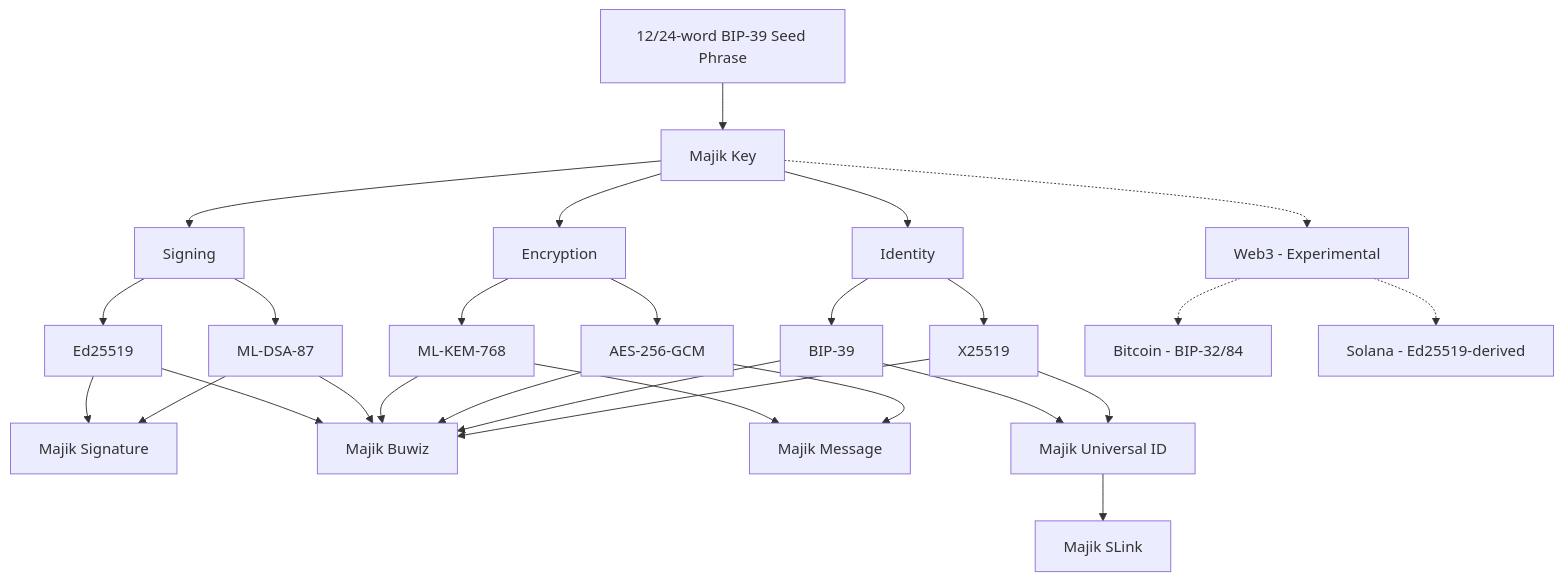
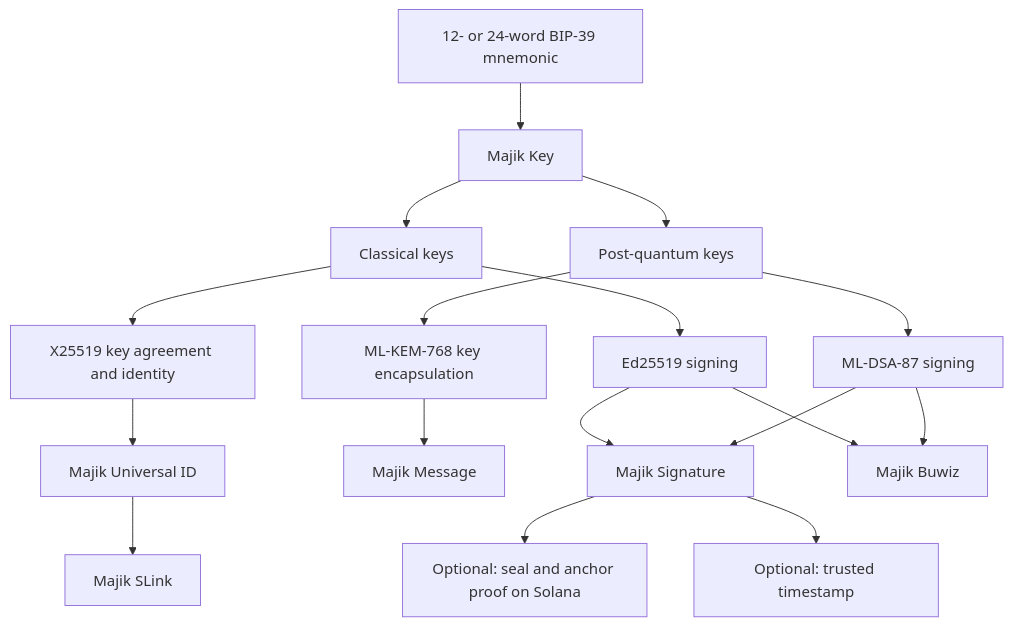
The diagram in profile/README.md (Majikah/.github), drawn with Mermaid before and after one commit. The commit also changed other lines of this file, not shown here.

````diff
--- a/profile/README.md
+++ b/profile/README.md
@@ -40,44 +135,19 @@
 ```mermaid
 flowchart TD
-    A[12/24-word BIP-39 Seed Phrase] --> B[Majik Key]
-
-    %% Signing branch
-    B --> S[Signing]
-    S --> S1[Ed25519]
-    S --> S2[ML-DSA-87]
-
-    %% Encryption branch
-    B --> E[Encryption]
-    E --> E1[ML-KEM-768]
-    E --> E2[AES-256-GCM]
-
-    %% Identity branch
-    B --> I[Identity]
-    I --> I1[BIP-39]
-    I --> I2[X25519]
-
-    %% Experimental Web3 branch
-    B -.-> W[Web3 - Experimental]
-    W -.-> W1[Bitcoin - BIP-32/84]
-    W -.-> W2[Solana - Ed25519-derived]
-
-    %% Products (fan-in)
-    S1 --> P1[Majik Signature]
-    S2 --> P1
-
-    S1 --> P2[Majik Buwiz]
-    S2 --> P2
-    E1 --> P2
-    E2 --> P2
-    I1 --> P2
-    I2 --> P2
-    
-
-    E1 --> P3[Majik Message]
-    E2 --> P3
-
-    I1 --> P4[Majik Universal ID]
-    I2 --> P4
-
-    P4 --> P5[Majik SLink]
+    A[12- or 24-word BIP-39 mnemonic] --> B[Majik Key]
+    B --> C[Classical keys]
+    B --> D[Post-quantum keys]
+    C --> E[Ed25519 signing]
+    C --> F[X25519 key agreement and identity]
+    D --> G[ML-DSA-87 signing]
+    D --> H[ML-KEM-768 key encapsulation]
+    E --> I[Majik Signature]
+    G --> I
+    H --> J[Majik Message]
+    F --> K[Majik Universal ID]
+    K --> L[Majik SLink]
+    E --> M[Majik Buwiz]
+    G --> M
+    I --> N[Optional: trusted timestamp]
+    I --> O[Optional: seal and anchor proof on Solana]
 ```
````
